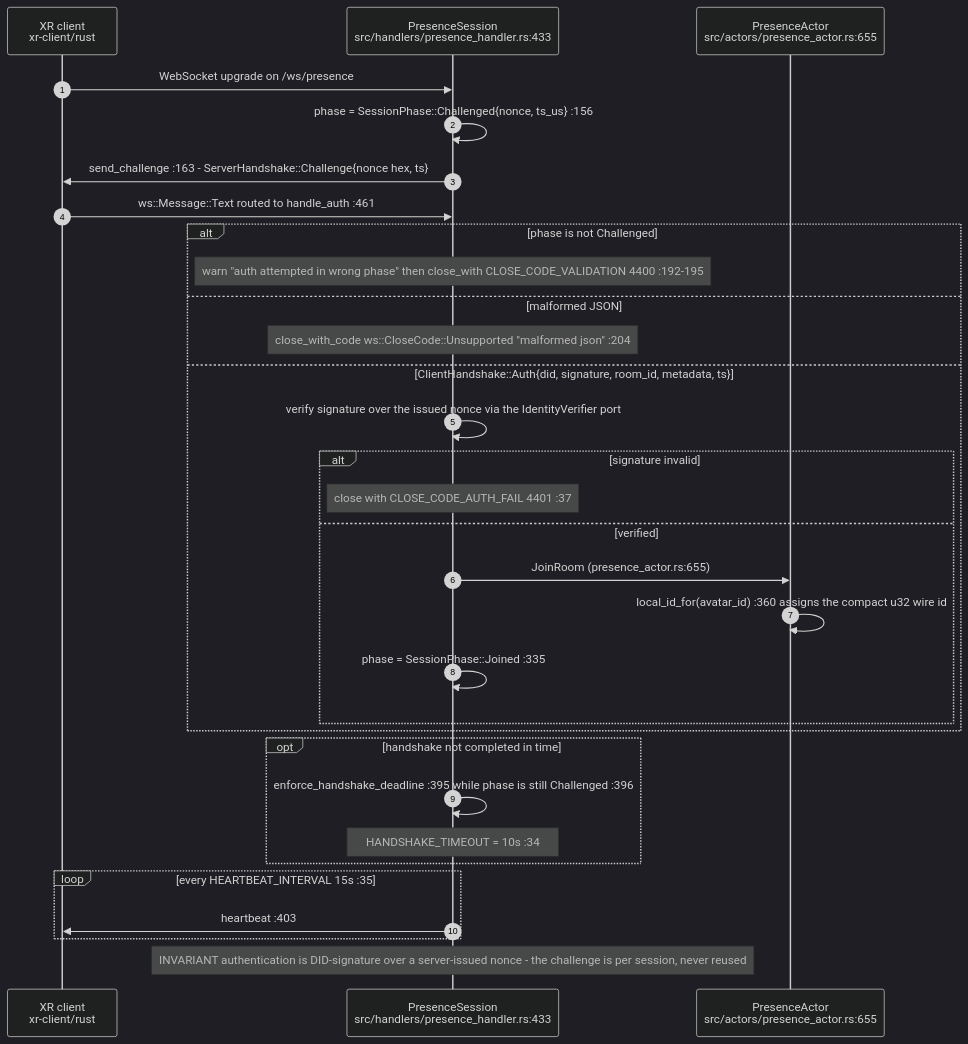
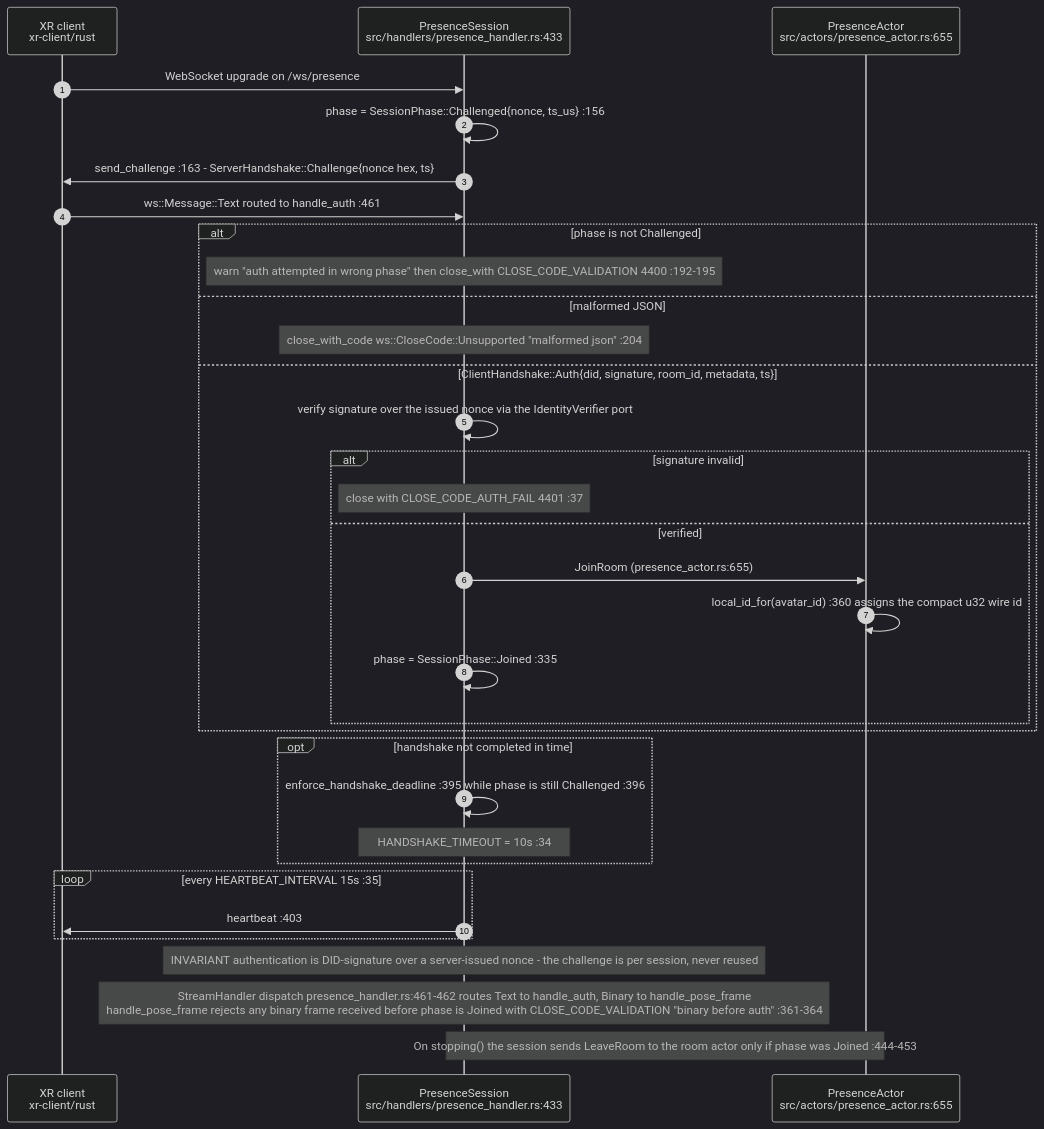
One commit to DreamLab-AI/VisionFlow changed the first of 4 diagrams in docs/diagrams/visionclaw/17-xr-presence-crate.md. Above: the diagram before and after it, drawn with Mermaid (dark theme). The commit also changed other lines of this file and 136 other files, not shown here.

First line of the commit message:
docs(diagrams): refresh the whole corpus to code HEAD and prune low-value diagrams

````diff
--- a/docs/diagrams/visionclaw/17-xr-presence-crate.md
+++ b/docs/diagrams/visionclaw/17-xr-presence-crate.md
@@ -25,34 +21,36 @@
 ```mermaid
 sequenceDiagram
     autonumber
     participant C as XR client<br/>xr-client/rust
     participant PS as PresenceSession<br/>src/handlers/presence_handler.rs:433
     participant PA as PresenceActor<br/>src/actors/presence_actor.rs:655
 
     C->>PS: WebSocket upgrade on /ws/presence
     PS->>PS: phase = SessionPhase::Challenged{nonce, ts_us} :156
     PS->>C: send_challenge :163 - ServerHandshake::Challenge{nonce hex, ts}
     C->>PS: ws::Message::Text routed to handle_auth :461
     alt phase is not Challenged
         Note over PS: warn "auth attempted in wrong phase" then close_with CLOSE_CODE_VALIDATION 4400 :192-195
     else malformed JSON
         Note over PS: close_with_code ws::CloseCode::Unsupported "malformed json" :204
     else ClientHandshake::Auth{did, signature, room_id, metadata, ts}
         PS->>PS: verify signature over the issued nonce via the IdentityVerifier port
         alt signature invalid
             Note over PS: close with CLOSE_CODE_AUTH_FAIL 4401 :37
         else verified
             PS->>PA: JoinRoom (presence_actor.rs:655)
             PA->>PA: local_id_for(avatar_id) :360 assigns the compact u32 wire id
             PS->>PS: phase = SessionPhase::Joined :335
         end
     end
     opt handshake not completed in time
         PS->>PS: enforce_handshake_deadline :395 while phase is still Challenged :396
         Note over PS: HANDSHAKE_TIMEOUT = 10s :34
     end
     loop every HEARTBEAT_INTERVAL 15s :35
         PS->>C: heartbeat :403
     end
     Note over PS: INVARIANT authentication is DID-signature over a server-issued nonce - the challenge is per session, never reused
+    Note over PS: StreamHandler dispatch presence_handler.rs:461-462 routes Text to handle_auth, Binary to handle_pose_frame<br/>handle_pose_frame rejects any binary frame received before phase is Joined with CLOSE_CODE_VALIDATION "binary before auth" :361-364
+    Note over PS,PA: On stopping() the session sends LeaveRoom to the room actor only if phase was Joined :444-453
 ```
````
